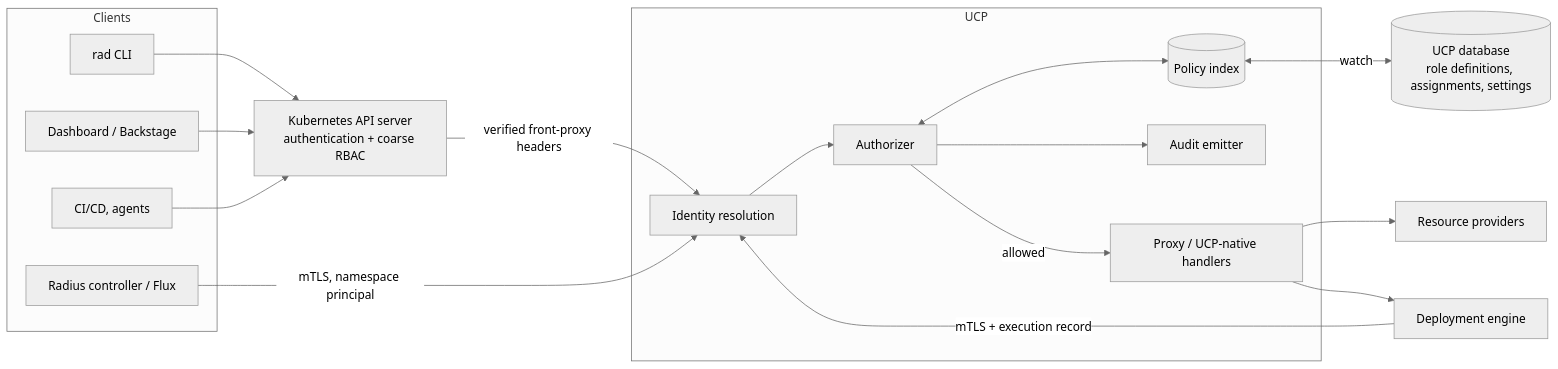
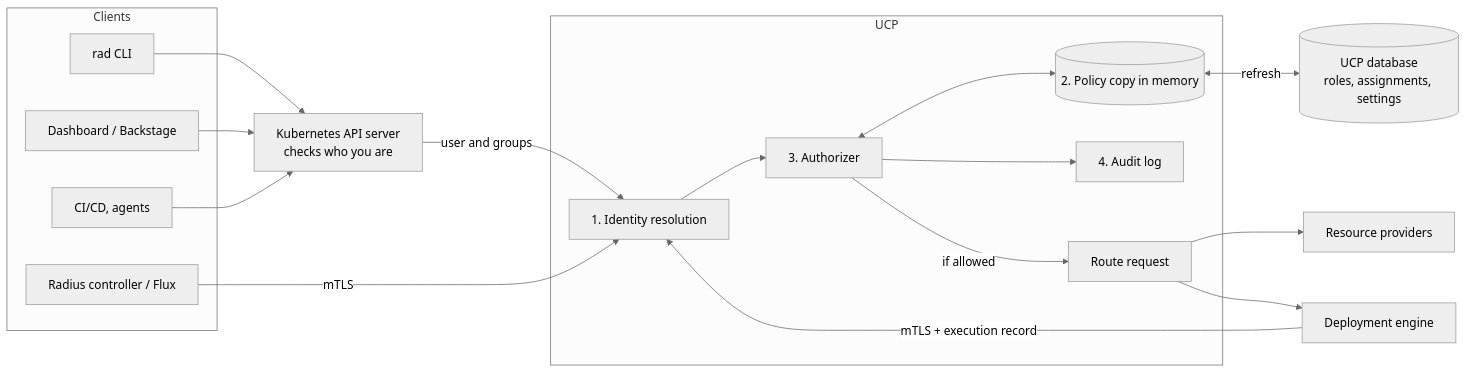
Before and after one commit to radius-project/radius: the second of 2 diagrams in eng/design-notes/security/2026-10-built-in-rbac-design.md, drawn with Mermaid (neutral theme). The commit also changed other lines of this file, not shown here.

Commit message:
docs: rewrite RBAC design for readability

````diff
--- a/eng/design-notes/security/2026-10-built-in-rbac-design.md
+++ b/eng/design-notes/security/2026-10-built-in-rbac-design.md
@@ -110,34 +171,34 @@
 ```mermaid
 flowchart LR
     subgraph Clients
         CLI[rad CLI]
         DASH[Dashboard / Backstage]
         GHA[CI/CD, agents]
         CTRL[Radius controller / Flux]
     end
-    KAS[Kubernetes API server<br/>authentication + coarse RBAC]
+    KAS[Kubernetes API server<br/>checks who you are]
     subgraph UCP
-        ID[Identity resolution]
-        AZ[Authorizer]
-        PS[(Policy index)]
-        AU[Audit emitter]
-        PX[Proxy / UCP-native handlers]
+        ID[1. Identity resolution]
+        AZ[3. Authorizer]
+        PS[(2. Policy copy in memory)]
+        AU[4. Audit log]
+        PX[Route request]
     end
-    DB[(UCP database<br/>role definitions, assignments, settings)]
+    DB[(UCP database<br/>roles, assignments, settings)]
     DE[Deployment engine]
     RP[Resource providers]
 
     CLI --> KAS
     DASH --> KAS
     GHA --> KAS
-    KAS -- verified front-proxy headers --> ID
-    CTRL -- mTLS, namespace principal --> ID
+    KAS -- user and groups --> ID
+    CTRL -- mTLS --> ID
     DE -- mTLS + execution record --> ID
     ID --> AZ
     AZ <--> PS
-    PS <-- watch --> DB
+    PS <-- refresh --> DB
     AZ --> AU
-    AZ -- allowed --> PX
+    AZ -- if allowed --> PX
     PX --> RP
     PX --> DE
 ```
````
